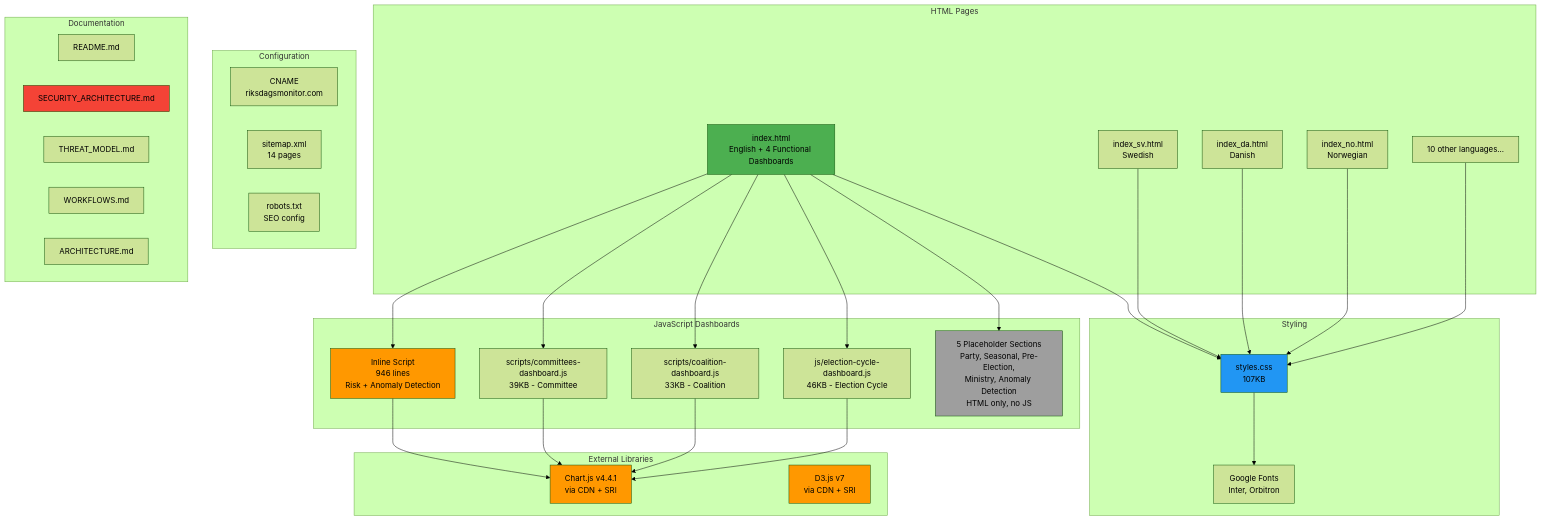
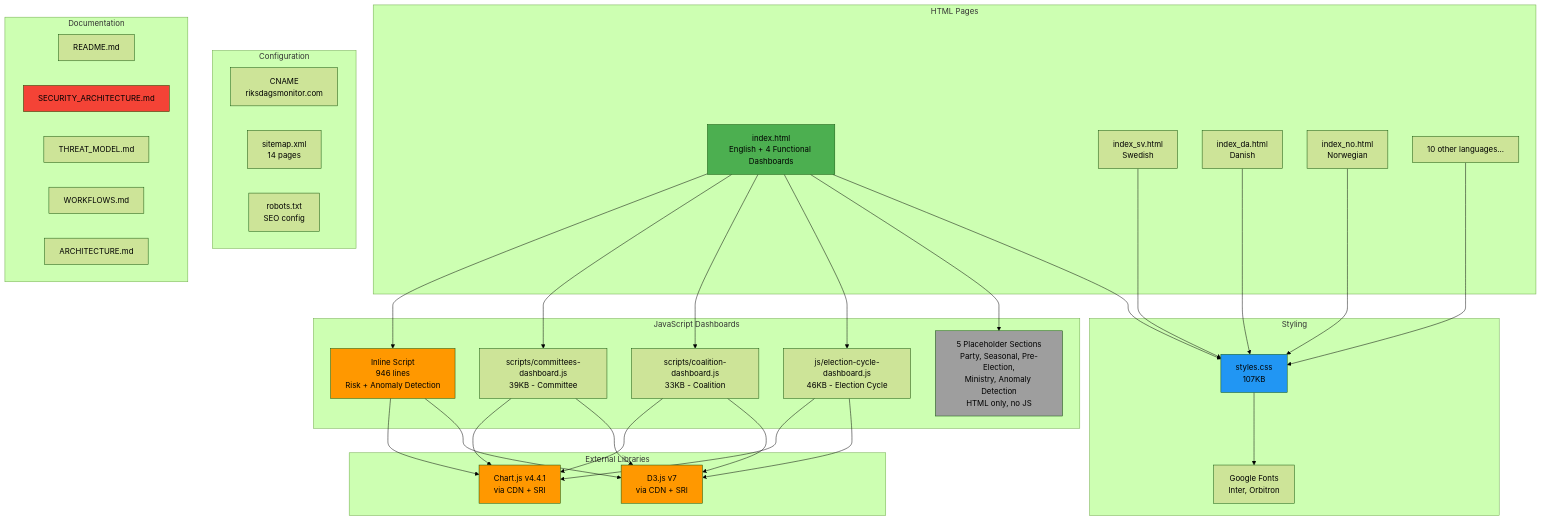
One commit to Hack23/riksdagsmonitor changed the fourth of 11 diagrams in ARCHITECTURE.md. Above: the diagram before and after it, drawn with Mermaid (forest theme). The commit also changed 2 other files, not shown here.

Commit message:
Fix dependency management accuracy: manual CDN reviews, non-blocking validation, AWS SLA, D3.js edges, headers config location

````diff
--- a/ARCHITECTURE.md
+++ b/ARCHITECTURE.md
@@ -176,69 +176,73 @@
 ```mermaid
 graph TD
     subgraph "HTML Pages"
         Index[index.html<br/>English + 4 Functional Dashboards]
         LangSV[index_sv.html<br/>Swedish]
         LangDA[index_da.html<br/>Danish]
         LangNO[index_no.html<br/>Norwegian]
         LangOther[10 other languages...]
     end
     
     subgraph "JavaScript Dashboards"
         InlineScript[Inline Script<br/>946 lines<br/>Risk + Anomaly Detection]
         ExtJS1[scripts/committees-dashboard.js<br/>39KB - Committee]
         ExtJS2[scripts/coalition-dashboard.js<br/>33KB - Coalition]
         ExtJS3[js/election-cycle-dashboard.js<br/>46KB - Election Cycle]
         Placeholders[5 Placeholder Sections<br/>Party, Seasonal, Pre-Election,<br/>Ministry, Anomaly Detection<br/>HTML only, no JS]
     end
     
     subgraph "Styling"
         CSS[styles.css<br/>107KB]
         Fonts[Google Fonts<br/>Inter, Orbitron]
     end
     
     subgraph "External Libraries"
         Chart[Chart.js v4.4.1<br/>via CDN + SRI]
         D3[D3.js v7<br/>via CDN + SRI]
     end
     
     subgraph "Configuration"
         CNAME[CNAME<br/>riksdagsmonitor.com]
         Sitemap[sitemap.xml<br/>14 pages]
         Robots[robots.txt<br/>SEO config]
     end
     
     subgraph "Documentation"
         Readme[README.md]
         Security[SECURITY_ARCHITECTURE.md]
         Threat[THREAT_MODEL.md]
         Workflows[WORKFLOWS.md]
         Arch[ARCHITECTURE.md]
     end
     
     Index --> InlineScript
     Index --> ExtJS1
     Index --> ExtJS2
     Index --> ExtJS3
     Index --> Placeholders
     Index --> CSS
     
     LangSV --> CSS
     LangDA --> CSS
     LangNO --> CSS
     LangOther --> CSS
     
     InlineScript --> Chart
+    InlineScript --> D3
     ExtJS1 --> Chart
+    ExtJS1 --> D3
     ExtJS2 --> Chart
+    ExtJS2 --> D3
     ExtJS3 --> Chart
+    ExtJS3 --> D3
     
     CSS --> Fonts
     
     style Index fill:#4caf50
     style InlineScript fill:#ff9800
     style Placeholders fill:#9e9e9e
     style CSS fill:#2196f3
     style Chart fill:#ff9800
     style D3 fill:#ff9800
     style Security fill:#f44336
 ```
````
